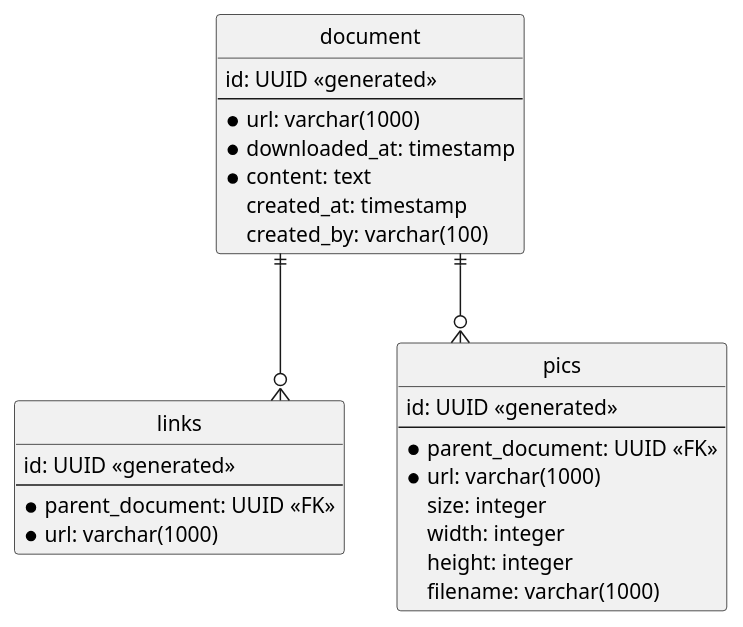
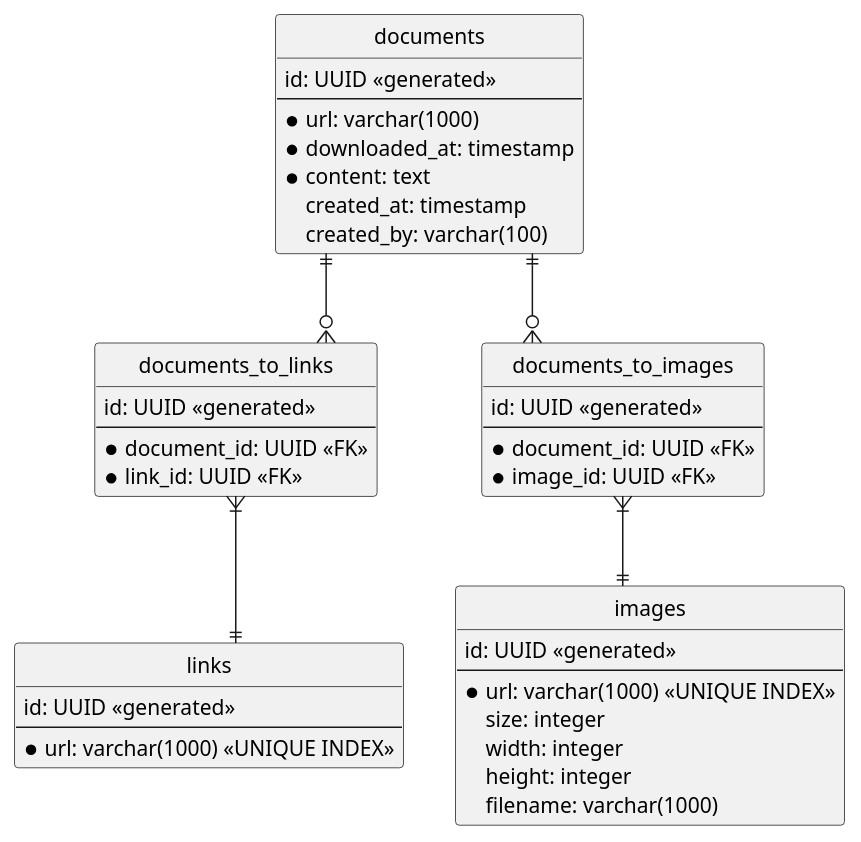
One commit to jdufner/WebScraper changed the diagram in WebScraper Data Model.puml. Above: the diagram before and after it, drawn with PlantUML. The commit also changed 5 other files, not shown here.

Commit message:
Refactored many-to-many relationship between documents and links / images

```diff
--- a/WebScraper Data Model.puml
+++ b/WebScraper Data Model.puml
@@ -1,38 +1,52 @@
 @startuml
 
 hide circle
 skinparam linetype ortho
 
-entity document {
+entity documents {
     id: UUID <<generated>>
     --
     * url: varchar(1000)
     * downloaded_at: timestamp
     * content: text
     created_at: timestamp
     created_by: varchar(100)
 }
 
 entity links {
     id: UUID <<generated>>
     --
-    * parent_document: UUID <<FK>>
-    * url: varchar(1000)
+    * url: varchar(1000) <<UNIQUE INDEX>>
 }
 
-entity pics {
+entity documents_to_links {
     id: UUID <<generated>>
     --
-    * parent_document: UUID <<FK>>
-    * url: varchar(1000)
+    * document_id: UUID <<FK>>
+    * link_id: UUID <<FK>>
+}
+
+entity images {
+    id: UUID <<generated>>
+    --
+    * url: varchar(1000) <<UNIQUE INDEX>>
     size: integer
     width: integer
     height: integer
     filename: varchar(1000)
 }
 
+entity documents_to_images {
+    id: UUID <<generated>>
+    --
+    * document_id: UUID <<FK>>
+    * image_id: UUID <<FK>>
+}
 
-document ||--o{ links
-document ||--o{ pics
+
+documents ||--o{ documents_to_links
+documents_to_links }|--|| links
+documents ||--o{ documents_to_images
+documents_to_images }|--|| images
 
 @enduml
```
